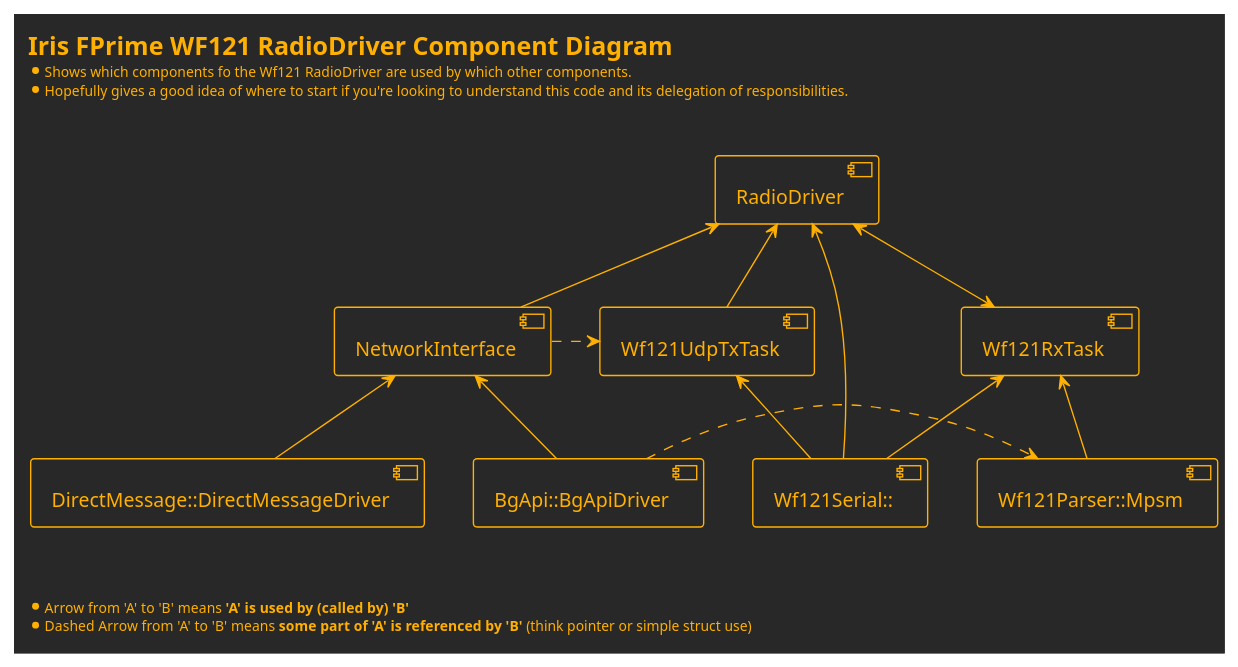
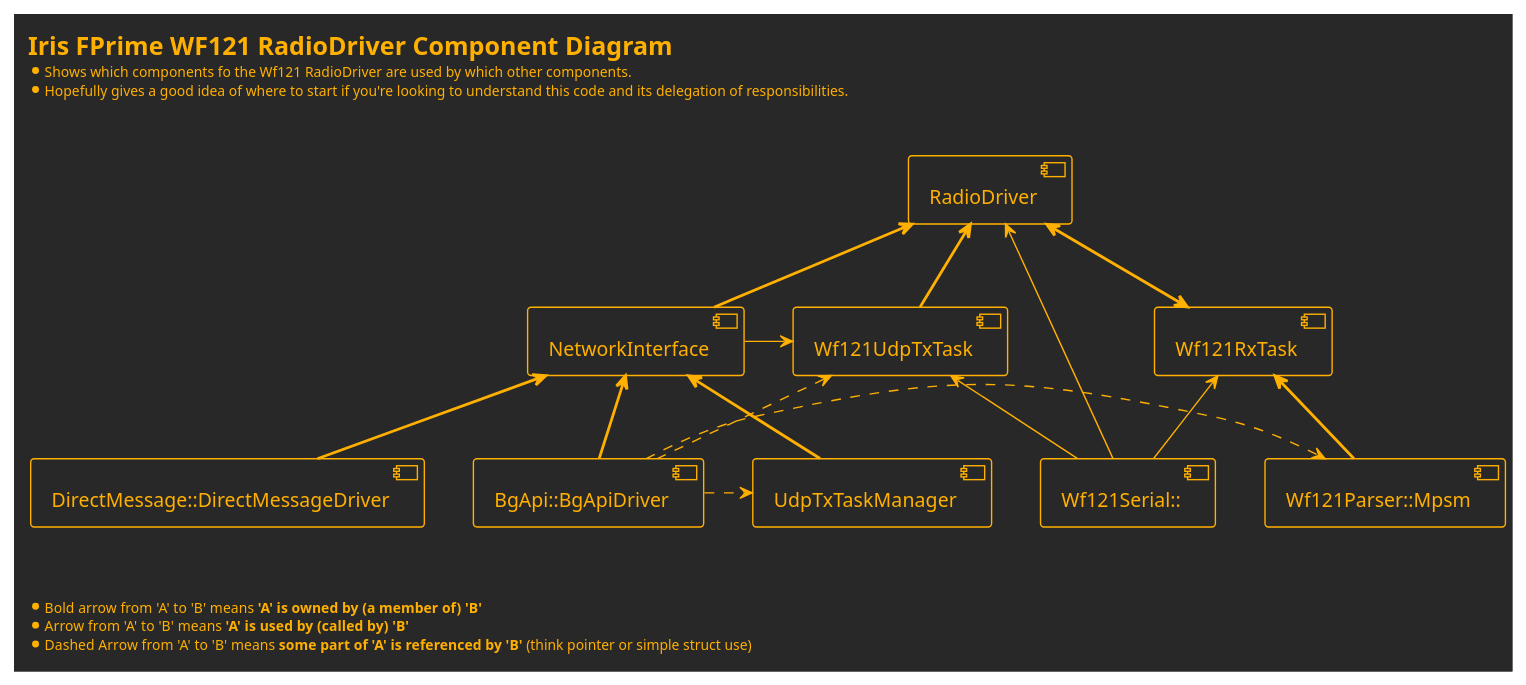
The diagram in Apps/FlightSoftware/fprime/CubeRover/Wf121/diagrams/ComponentDiagram.puml (PlanetaryRobotics/IrisRoverPackage), drawn with PlantUML before and after one commit. The commit also changed 18 other files, not shown here.

Commit message:
FPrime RadioDriver milestone: RX & TX tasks complete. Awaiting integration with NM.

```diff
--- a/Apps/FlightSoftware/fprime/CubeRover/Wf121/diagrams/ComponentDiagram.puml
+++ b/Apps/FlightSoftware/fprime/CubeRover/Wf121/diagrams/ComponentDiagram.puml
@@ -1,41 +1,46 @@
 @startuml Iris FPrime WF121 RadioDriver Component Diagram
 
 !theme crt-amber
 
 skinparam DefaultTextAlignment left
 
 left header
 = <b>Iris FPrime WF121 RadioDriver Component Diagram</b>
 * Shows which components fo the Wf121 RadioDriver are used by which other components.
 * Hopefully gives a good idea of where to start if you're looking to understand this code and its delegation of responsibilities.
 
 
 endheader
 
 component RadioDriver
 component "Wf121Serial::" as SerialInterface
 component "Wf121UdpTxTask" as UdpTxTask
+component "UdpTxTaskManager" as UdpTxTaskManager
 component "Wf121RxTask" as RxTask
 component "Wf121Parser::Mpsm" as Mpsm
 component NetworkInterface
+component "DirectMessage::DirectMessageDriver" as DirectMessageDriver
 component "BgApi::BgApiDriver" as BgApiDriver
-component "DirectMessage::DirectMessageDriver" as DirectMessageDriver
 
-UdpTxTask -up-> RadioDriver
-RxTask <-up-> RadioDriver
-Mpsm -up-> RxTask
+UdpTxTask =up=> RadioDriver
+RxTask <=up=> RadioDriver
+Mpsm =up=> RxTask
 SerialInterface -up-> RadioDriver
 
-NetworkInterface .right.> UdpTxTask
+NetworkInterface -right-> UdpTxTask
 
 SerialInterface -up-> RxTask
 SerialInterface -up-> UdpTxTask
 
-NetworkInterface -up-> RadioDriver
-BgApiDriver -up-> NetworkInterface
-DirectMessageDriver -up-> NetworkInterface
+NetworkInterface =up=> RadioDriver
+DirectMessageDriver =up=> NetworkInterface
+BgApiDriver =up=> NetworkInterface
 
+UdpTxTaskManager =up=> NetworkInterface
+
+BgApiDriver .right.> UdpTxTaskManager
 BgApiDriver .right.> Mpsm
+BgApiDriver .up.> UdpTxTask
 
-left footer "\n\n\n* Arrow from 'A' to 'B' means **'A' is used by (called by) 'B'** \n* Dashed Arrow from 'A' to 'B' means **some part of 'A' is referenced by 'B'** (think pointer or simple struct use)"
+left footer "\n\n\n* Bold arrow from 'A' to 'B' means **'A' is owned by (a member of) 'B'**\n* Arrow from 'A' to 'B' means **'A' is used by (called by) 'B'** \n* Dashed Arrow from 'A' to 'B' means **some part of 'A' is referenced by 'B'** (think pointer or simple struct use)"
 @enduml
```
